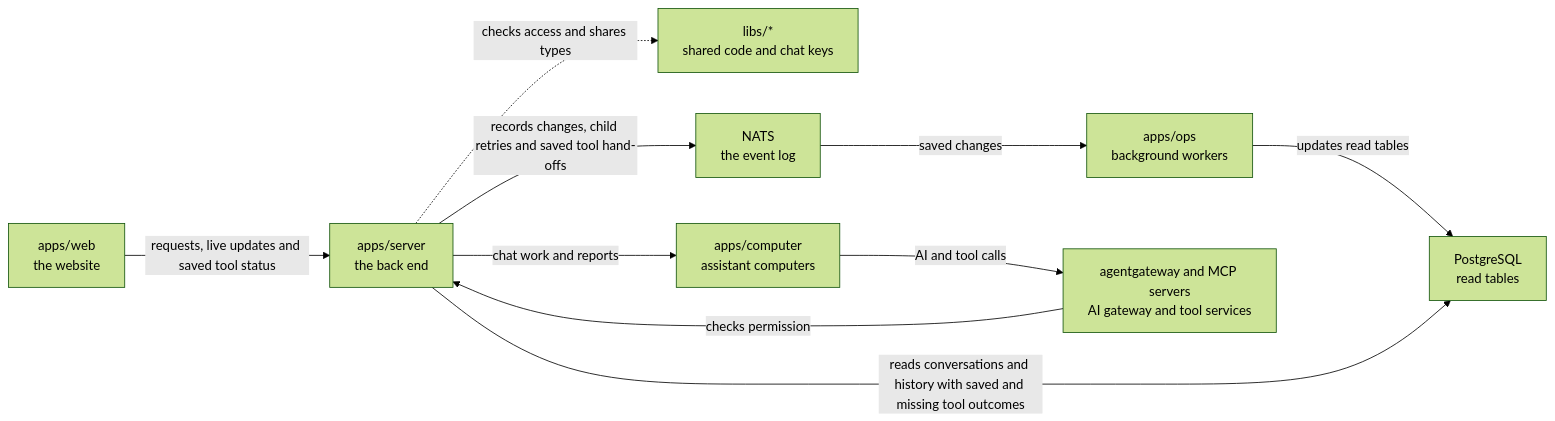
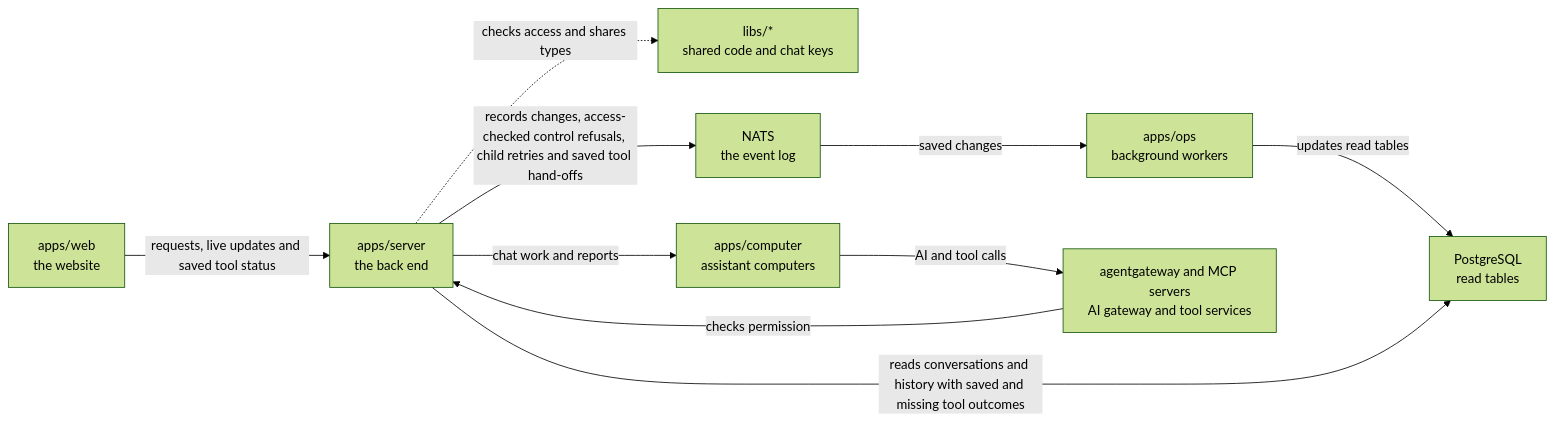
The diagram in apps/server/README.md (elewa-git/opencrane-new), drawn with Mermaid (forest theme) before and after one commit. The commit also changed other lines of this file and 20 other files, not shown here.

First line of the commit message:
🕹️ Refused take-control attempts are saved in the chat history without changing who has control (#620)

````diff
--- a/apps/server/README.md
+++ b/apps/server/README.md
@@ -26,12 +31,12 @@
 ```mermaid
 flowchart LR
   web["apps/web<br/>the website"] -->|requests, live updates and saved tool status| server["apps/server<br/>the back end"]
   server -.->|checks access and shares types| libs["libs/*<br/>shared code and chat keys"]
-  server -->|records changes, child retries and saved tool hand-offs| nats["NATS<br/>the event log"]
+  server -->|records changes, access-checked control refusals, child retries and saved tool hand-offs| nats["NATS<br/>the event log"]
   nats -->|saved changes| ops["apps/ops<br/>background workers"]
   ops -->|updates read tables| postgres["PostgreSQL<br/>read tables"]
   server -->|reads conversations and history with saved and missing tool outcomes| postgres
   server -->|chat work and reports| computer["apps/computer<br/>assistant computers"]
   computer -->|AI and tool calls| runtime["agentgateway and MCP servers<br/>AI gateway and tool services"]
   runtime -->|checks permission| server
 ```
````
